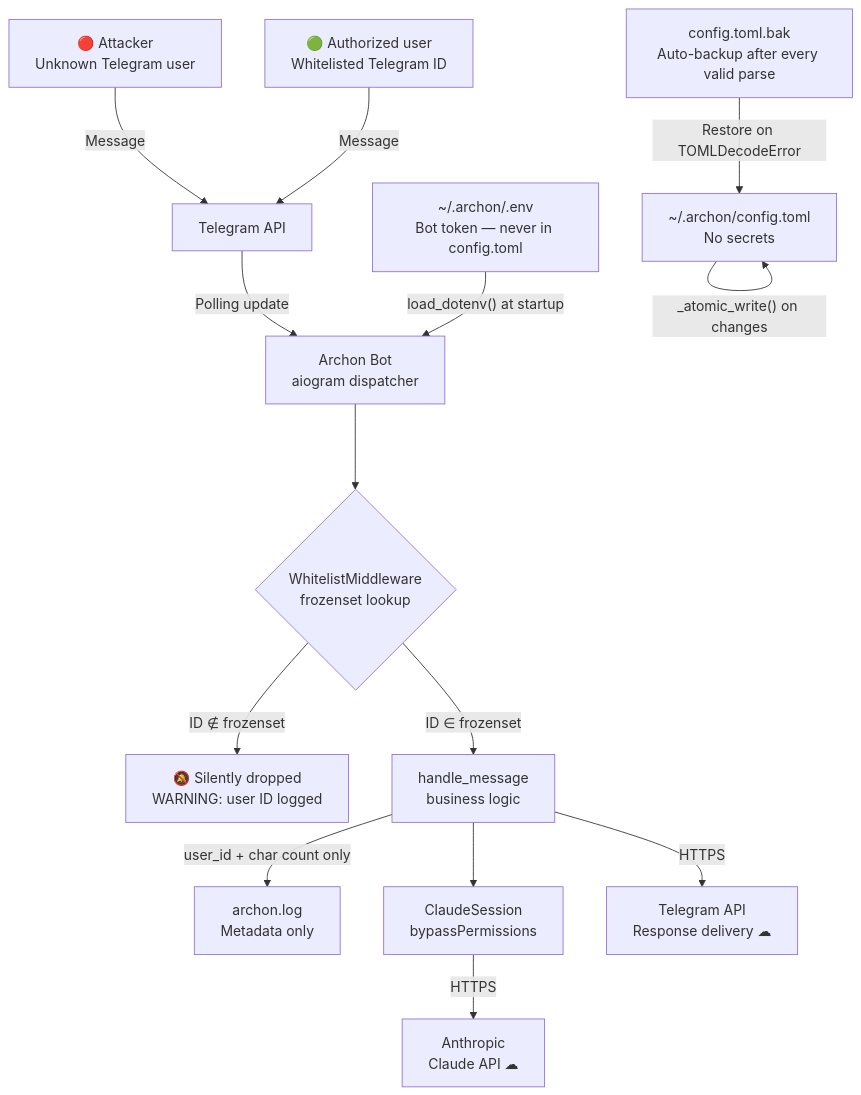
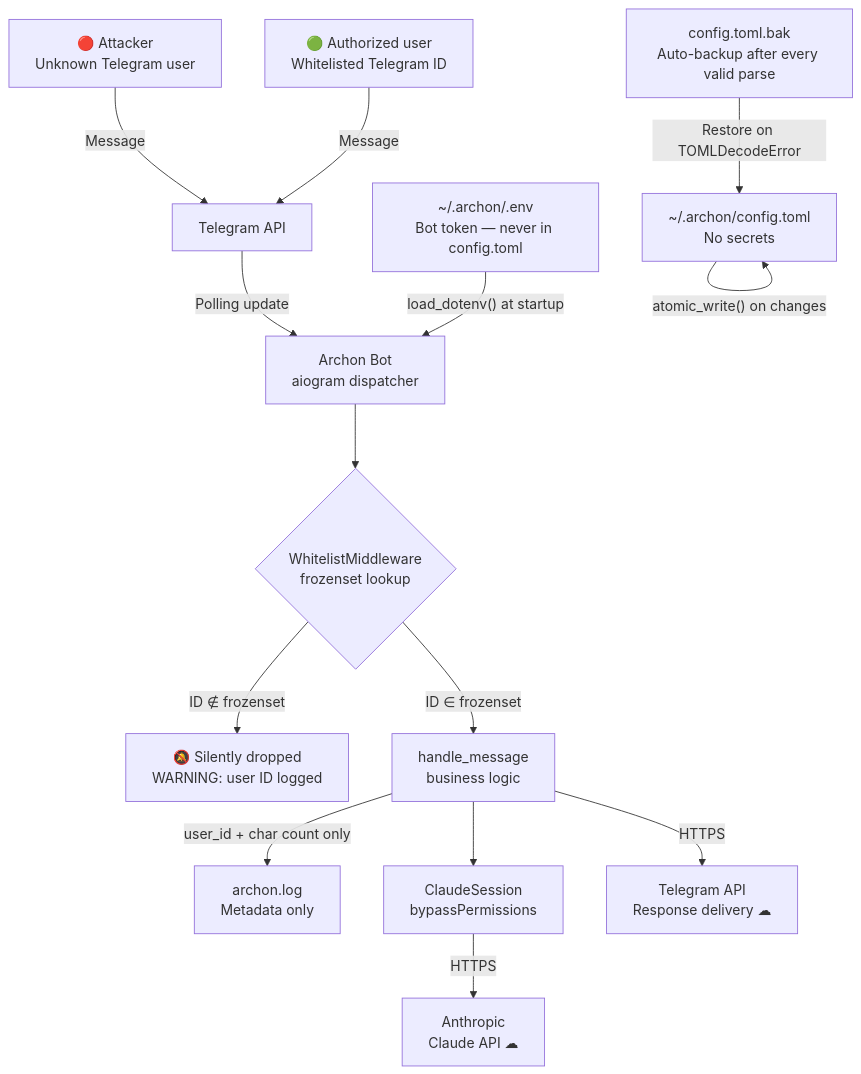
The diagram in Documentation/Architecture/150_security_and_privacy_architecture.md (user538295/archon-assistant), drawn with Mermaid before and after one commit. The commit also changed other lines of this file and 27 other files, not shown here.

````diff
--- a/Documentation/Architecture/150_security_and_privacy_architecture.md
+++ b/Documentation/Architecture/150_security_and_privacy_architecture.md
@@ -191,33 +191,33 @@
 ```mermaid
 flowchart TD
     ATK["🔴 Attacker<br/>Unknown Telegram user"]
     AUTH["🟢 Authorized user<br/>Whitelisted Telegram ID"]
     TAPI["Telegram API"]
     BOT["Archon Bot<br/>aiogram dispatcher"]
     WM{"WhitelistMiddleware<br/>frozenset lookup"}
     DROP["🔕 Silently dropped<br/>WARNING: user ID logged"]
     HM["handle_message<br/>business logic"]
     LOG["archon.log<br/>Metadata only"]
     CS["ClaudeSession<br/>bypassPermissions"]
     CAPI["Anthropic<br/>Claude API  ☁"]
     TREPLY["Telegram API<br/>Response delivery  ☁"]
 
     ATK -->|Message| TAPI
     AUTH -->|Message| TAPI
     TAPI -->|Polling update| BOT
     BOT --> WM
     WM -->|"ID ∉ frozenset"| DROP
     WM -->|"ID ∈ frozenset"| HM
     HM -->|"user_id + char count only"| LOG
     HM --> CS
     CS -->|HTTPS| CAPI
     HM -->|HTTPS| TREPLY
 
     ENV["~/.archon/.env<br/>Bot token — never in config.toml"]
     TOML["~/.archon/config.toml<br/>No secrets"]
     BAK["config.toml.bak<br/>Auto-backup after every valid parse"]
 
     ENV -->|"load_dotenv() at startup"| BOT
-    TOML -->|"_atomic_write() on changes"| TOML
+    TOML -->|"atomic_write() on changes"| TOML
     BAK -->|"Restore on TOMLDecodeError"| TOML
 ```
````
